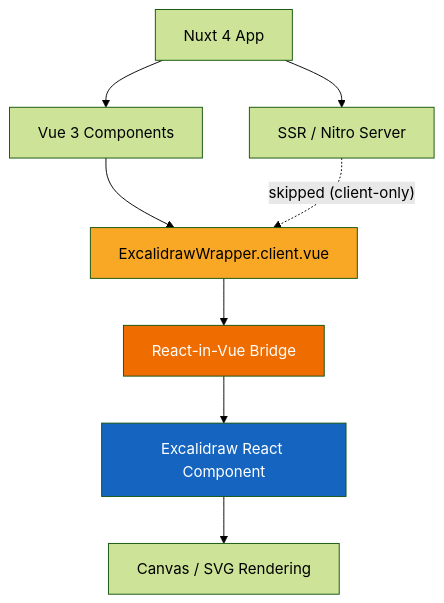
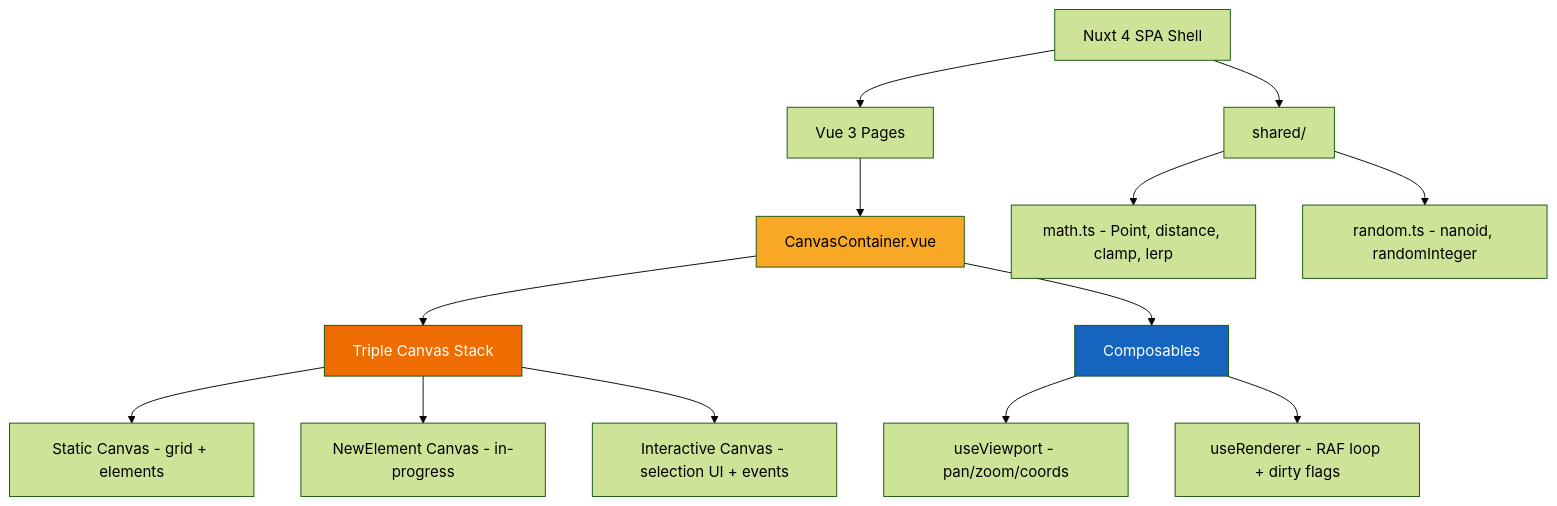
Before and after one commit to alexanderop/excalidrawNuxt: the first of 5 diagrams in docs/SYSTEM_KNOWLEDGE_MAP.md, drawn with Mermaid (forest theme). The commit also changed other lines of this file and 285 other files, not shown here.

First line of the commit message:
feat(canvas): add native canvas rendering foundation (Phase 1)

````diff
--- a/docs/SYSTEM_KNOWLEDGE_MAP.md
+++ b/docs/SYSTEM_KNOWLEDGE_MAP.md
@@ -5,15 +5,21 @@
 ```mermaid
 graph TD
-    A[Nuxt 4 App] --> B[Vue 3 Components]
-    B --> C[ExcalidrawWrapper.client.vue]
-    C --> D[React-in-Vue Bridge]
-    D --> E[Excalidraw React Component]
-    E --> F[Canvas / SVG Rendering]
+    A[Nuxt 4 SPA Shell] --> B[Vue 3 Pages]
+    B --> C[CanvasContainer.vue]
+    C --> D[Triple Canvas Stack]
+    D --> E1[Static Canvas - grid + elements]
+    D --> E2[NewElement Canvas - in-progress]
+    D --> E3[Interactive Canvas - selection UI + events]
 
-    A --> G[SSR / Nitro Server]
-    G -.->|"skipped (client-only)"| C
+    C --> F[Composables]
+    F --> F1[useViewport - pan/zoom/coords]
+    F --> F2[useRenderer - RAF loop + dirty flags]
+
+    A --> G[shared/]
+    G --> G1[math.ts - Point, distance, clamp, lerp]
+    G --> G2[random.ts - nanoid, randomInteger]
 
     style C fill:#f9a825,color:#000
     style D fill:#ef6c00,color:#fff
-    style E fill:#1565c0,color:#fff
+    style F fill:#1565c0,color:#fff
 ```
````
